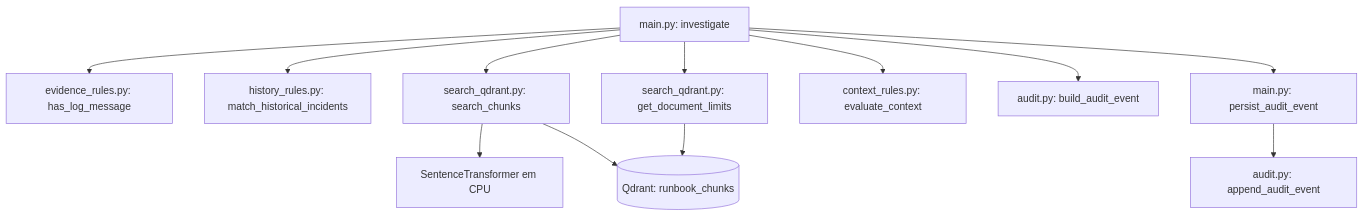
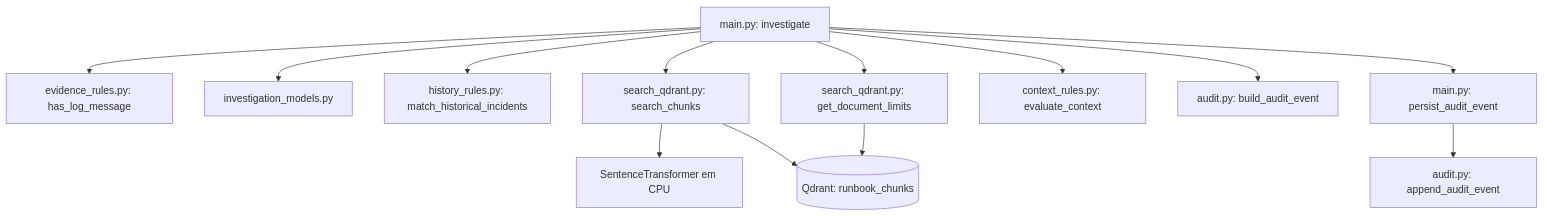
One commit to renatodanielbrito77/ai-incident-operations-assistant changed the second of 5 diagrams in docs/architecture.md. Above: the diagram before and after it, drawn with Mermaid. The commit also changed other lines of this file and 2 other files, not shown here.

````diff
--- a/docs/architecture.md
+++ b/docs/architecture.md
@@ -61,14 +84,15 @@
 ```mermaid
 flowchart TD
     Main[main.py: investigate] --> Evidence[evidence_rules.py: has_log_message]
+    Main --> Contracts[investigation_models.py]
     Main --> History[history_rules.py: match_historical_incidents]
     Main --> Search[search_qdrant.py: search_chunks]
     Main --> Limits[search_qdrant.py: get_document_limits]
     Search --> Model[SentenceTransformer em CPU]
     Search --> DB[(Qdrant: runbook_chunks)]
     Limits --> DB
     Main --> Rules[context_rules.py: evaluate_context]
     Main --> Build[audit.py: build_audit_event]
     Main --> Persist[main.py: persist_audit_event]
     Persist --> Append[audit.py: append_audit_event]
 ```
````
